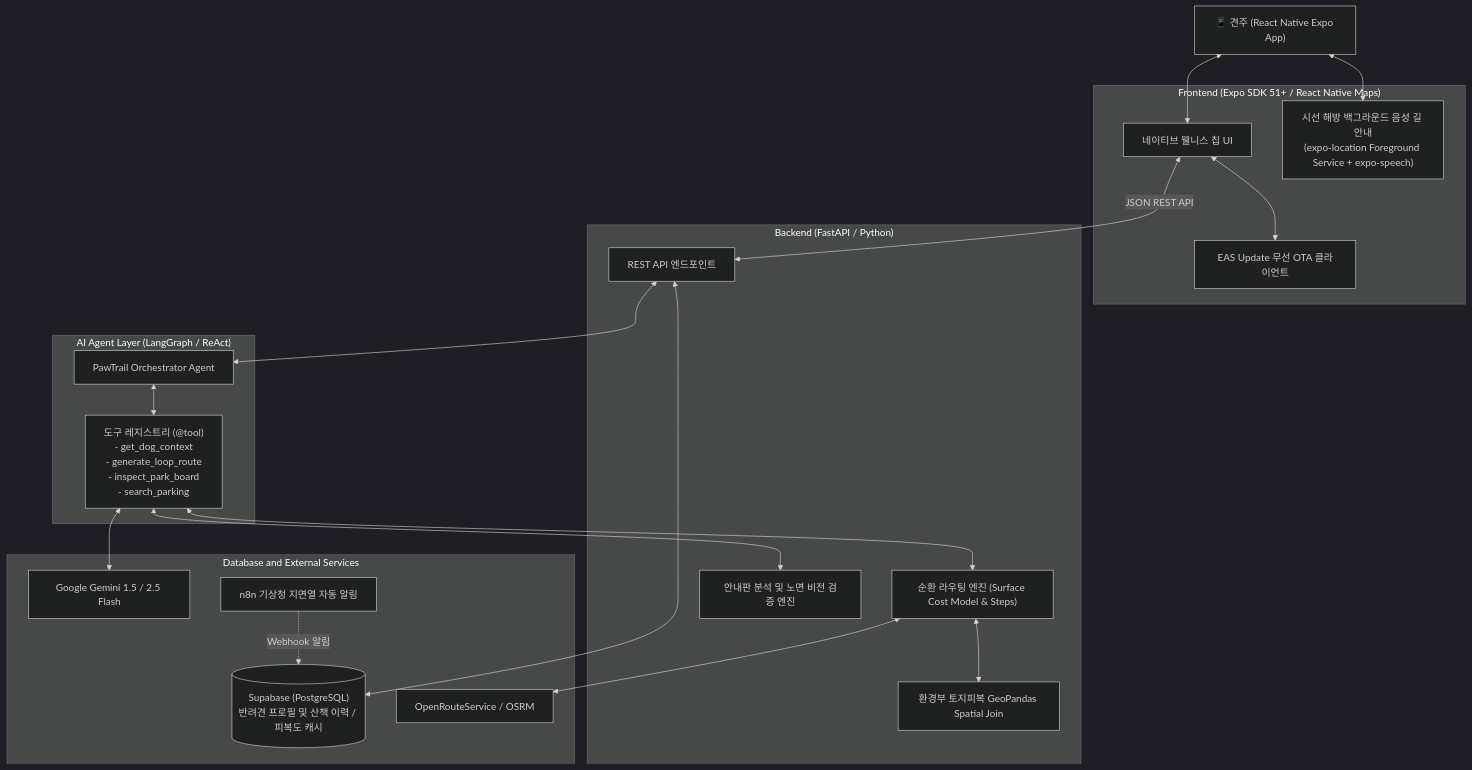
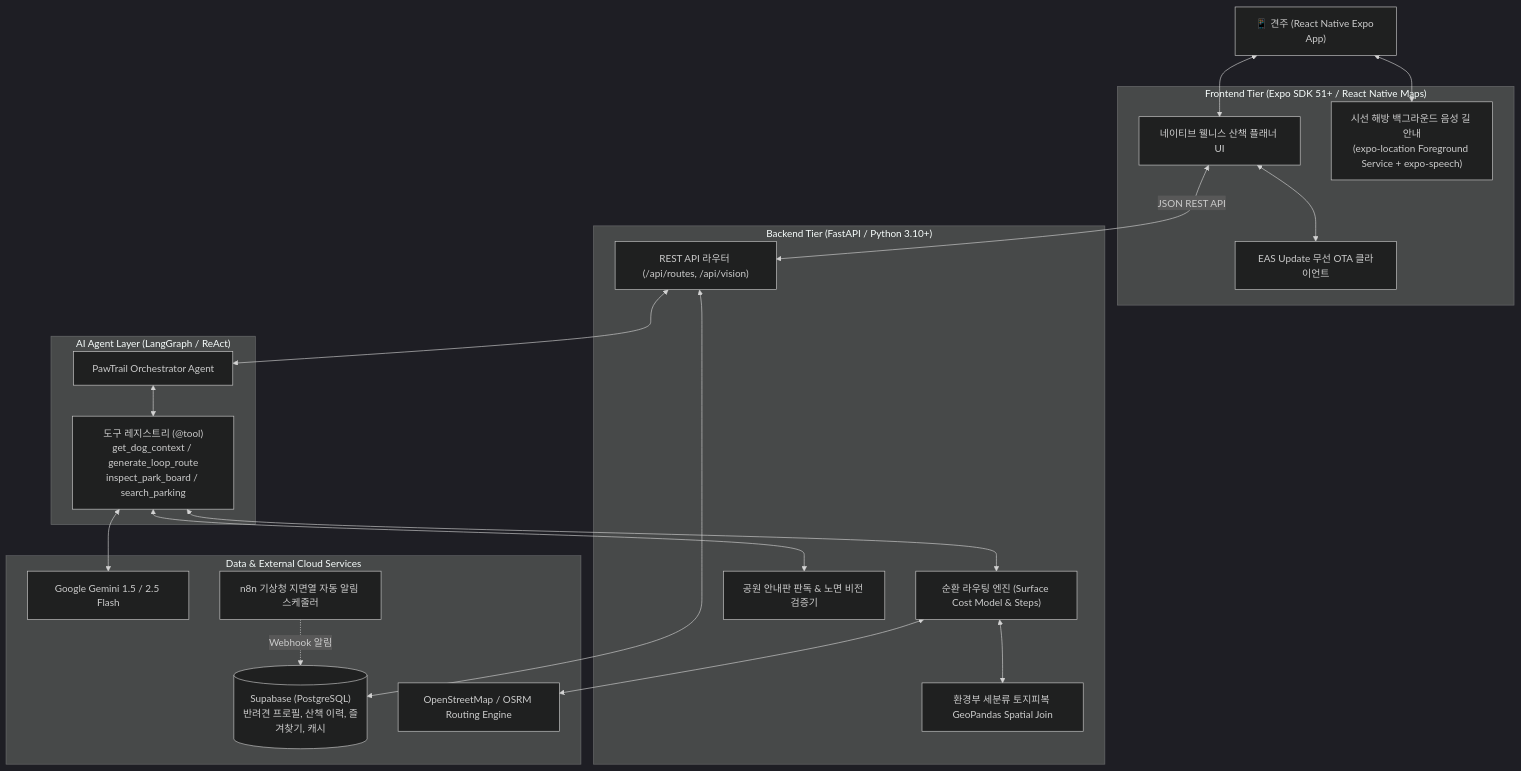
One commit to gigantess/PawTrail changed the second of 2 diagrams in README.md. Above: the diagram before and after it, drawn with Mermaid (dark theme). The commit also changed other lines of this file, not shown here.

````diff
--- a/README.md
+++ b/README.md
@@ -55,43 +146,43 @@
 ```mermaid
 flowchart TD
     User["📱 견주 (React Native Expo App)"]
     
-    subgraph Frontend ["Frontend (Expo SDK 51+ / React Native Maps)"]
-        UI["네이티브 웰니스 칩 UI"]
+    subgraph Frontend ["Frontend Tier (Expo SDK 51+ / React Native Maps)"]
+        UI["네이티브 웰니스 산책 플래너 UI"]
         VoiceNavi["시선 해방 백그라운드 음성 길 안내<br/>(expo-location Foreground Service + expo-speech)"]
         EAS["EAS Update 무선 OTA 클라이언트"]
     end
 
-    subgraph Backend ["Backend (FastAPI / Python)"]
-        API["REST API 엔드포인트"]
-        RouterTool["순환 라우팅 엔진 (Surface Cost Model & Steps)"]
-        VisionTool["안내판 분석 및 노면 비전 검증 엔진"]
-        SpatialTool["환경부 토지피복 GeoPandas Spatial Join"]
+    subgraph Backend ["Backend Tier (FastAPI / Python 3.10+)"]
+        API["REST API 라우터 (/api/routes, /api/vision)"]
+        RouterEngine["순환 라우팅 엔진 (Surface Cost Model & Steps)"]
+        SpatialService["환경부 세분류 토지피복 GeoPandas Spatial Join"]
+        VisionService["공원 안내판 판독 & 노면 비전 검증기"]
     end
 
     subgraph AI_Agent ["AI Agent Layer (LangGraph / ReAct)"]
         Agent["PawTrail Orchestrator Agent"]
-        Tools["도구 레지스트리 (@tool)<br/>- get_dog_context<br/>- generate_loop_route<br/>- inspect_park_board<br/>- search_parking"]
+        Tools["도구 레지스트리 (@tool)<br/>get_dog_context / generate_loop_route<br/>inspect_park_board / search_parking"]
     end
 
-    subgraph Data_Infra ["Database and External Services"]
-        DB[("Supabase (PostgreSQL)<br/>반려견 프로필 및 산책 이력 / 피복도 캐시")]
+    subgraph Data_Infra ["Data & External Cloud Services"]
+        DB[("Supabase (PostgreSQL)<br/>반려견 프로필, 산책 이력, 즐겨찾기, 캐시")]
         Gemini["Google Gemini 1.5 / 2.5 Flash"]
-        OSM["OpenRouteService / OSRM"]
-        n8n["n8n 기상청 지면열 자동 알림"]
+        OSM["OpenStreetMap / OSRM Routing Engine"]
+        n8n["n8n 기상청 지면열 자동 알림 스케줄러"]
     end
 
     User <--> UI
     User <--> VoiceNavi
     UI <--> EAS
     UI -- "JSON REST API" <--> API
     API <--> Agent
     Agent <--> Tools
-    Tools <--> RouterTool
-    Tools <--> VisionTool
+    Tools <--> RouterEngine
+    Tools <--> VisionService
     Tools <--> Gemini
-    RouterTool <--> SpatialTool
-    RouterTool <--> OSM
+    RouterEngine <--> SpatialService
+    RouterEngine <--> OSM
     API <--> DB
     n8n -. "Webhook 알림" .-> DB
 ```
````
